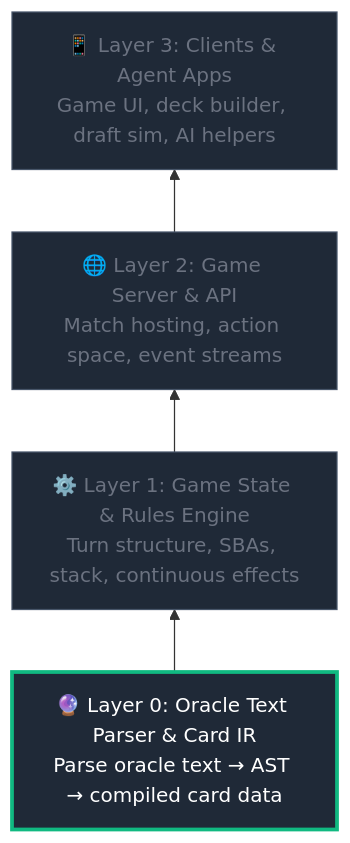
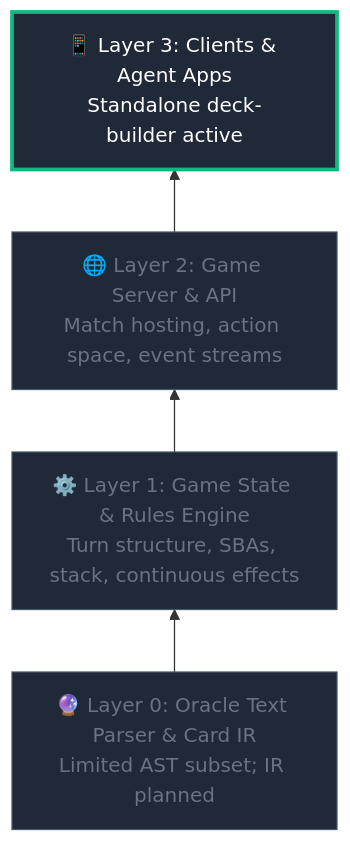
One commit to joCaldwell/mtg-ecosystem changed the diagram in README.md. Above: the diagram before and after it, drawn with Mermaid. The commit also changed other lines of this file and 41 other files, not shown here.

````diff
--- a/README.md
+++ b/README.md
@@ -13,14 +13,14 @@
 ```mermaid
 graph BT
     classDef current fill:#1f2937,stroke:#10b981,stroke-width:3px,color:#fff;
     classDef future fill:#1f2937,stroke:#475569,stroke-width:1px,color:#6b7280;
 
-    L0["🔮 Layer 0: Oracle Text Parser & Card IR<br/>Parse oracle text → AST → compiled card data"]:::current
+    L0["🔮 Layer 0: Oracle Text Parser & Card IR<br/>Limited AST subset; IR planned"]:::future
     L1["⚙️ Layer 1: Game State & Rules Engine<br/>Turn structure, SBAs, stack, continuous effects"]:::future
     L2["🌐 Layer 2: Game Server & API<br/>Match hosting, action space, event streams"]:::future
-    L3["📱 Layer 3: Clients & Agent Apps<br/>Game UI, deck builder, draft sim, AI helpers"]:::future
+    L3["📱 Layer 3: Clients & Agent Apps<br/>Standalone deck-builder active"]:::current
 
     L0 --> L1
     L1 --> L2
     L2 --> L3
 ```
````
